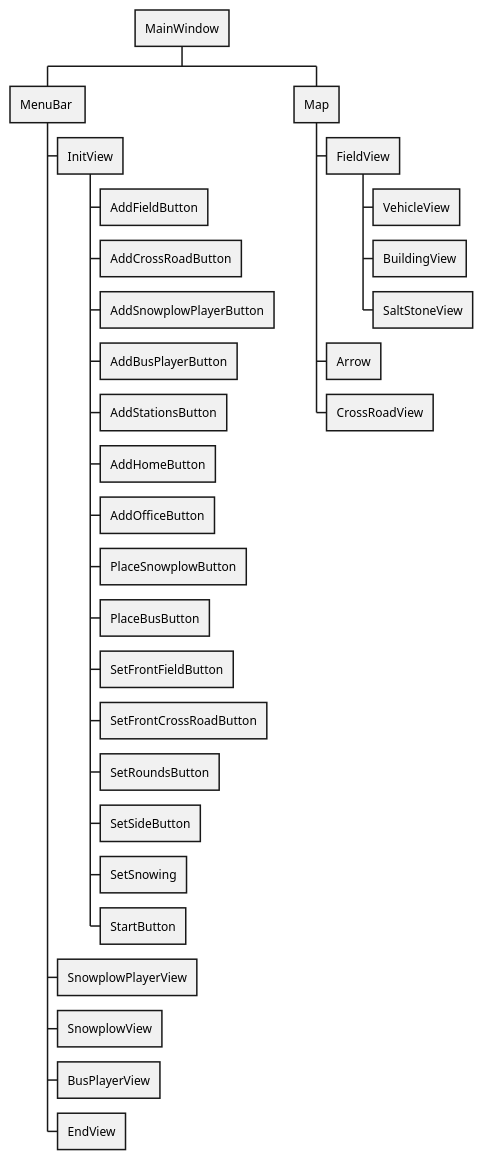
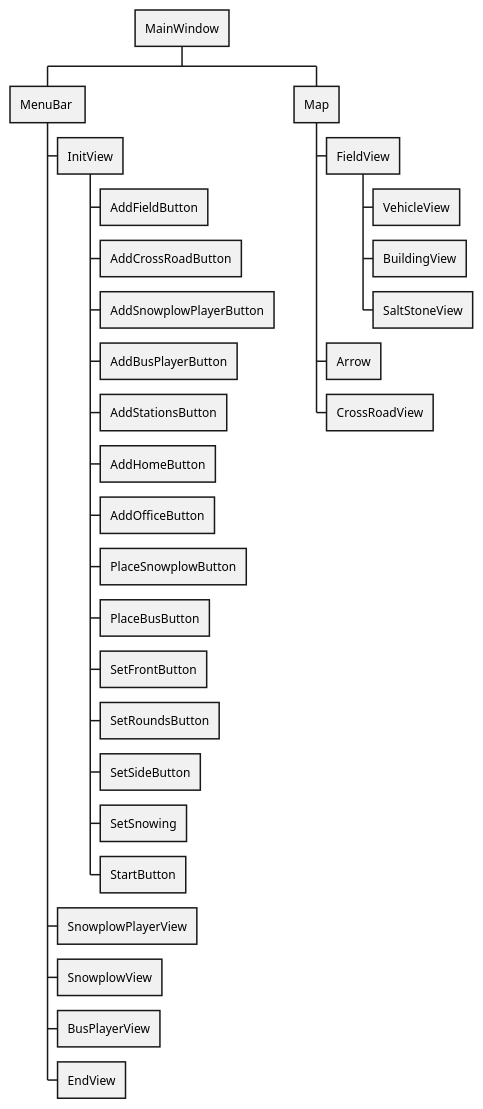
Before and after one commit to uhrinandor/spring: the diagram in docs/graphics/structure/graphicsstructure.plantuml, drawn with PlantUML. The commit also changed 2 other files, not shown here.

```diff
--- a/docs/graphics/structure/graphicsstructure.plantuml
+++ b/docs/graphics/structure/graphicsstructure.plantuml
@@ -1,33 +1,32 @@
 @startwbs
 * MainWindow
 ** MenuBar 
 'Ez itt nem külön objektum, közös interfész?
 *** InitView
 **** AddFieldButton
 **** AddCrossRoadButton
 **** AddSnowplowPlayerButton
 **** AddBusPlayerButton
 **** AddStationsButton
 **** AddHomeButton
 **** AddOfficeButton
 **** PlaceSnowplowButton
 **** PlaceBusButton
-**** SetFrontFieldButton
-**** SetFrontCrossRoadButton
+**** SetFrontButton
 **** SetRoundsButton
 **** SetSideButton
 **** SetSnowing
 **** StartButton
 *** SnowplowPlayerView
 *** SnowplowView
 *** BusPlayerView
 *** EndView
 ** Map
 *** FieldView
 **** VehicleView
 **** BuildingView
 **** SaltStoneView
 *** Arrow
 *** CrossRoadView
 
 @endwbs
```
